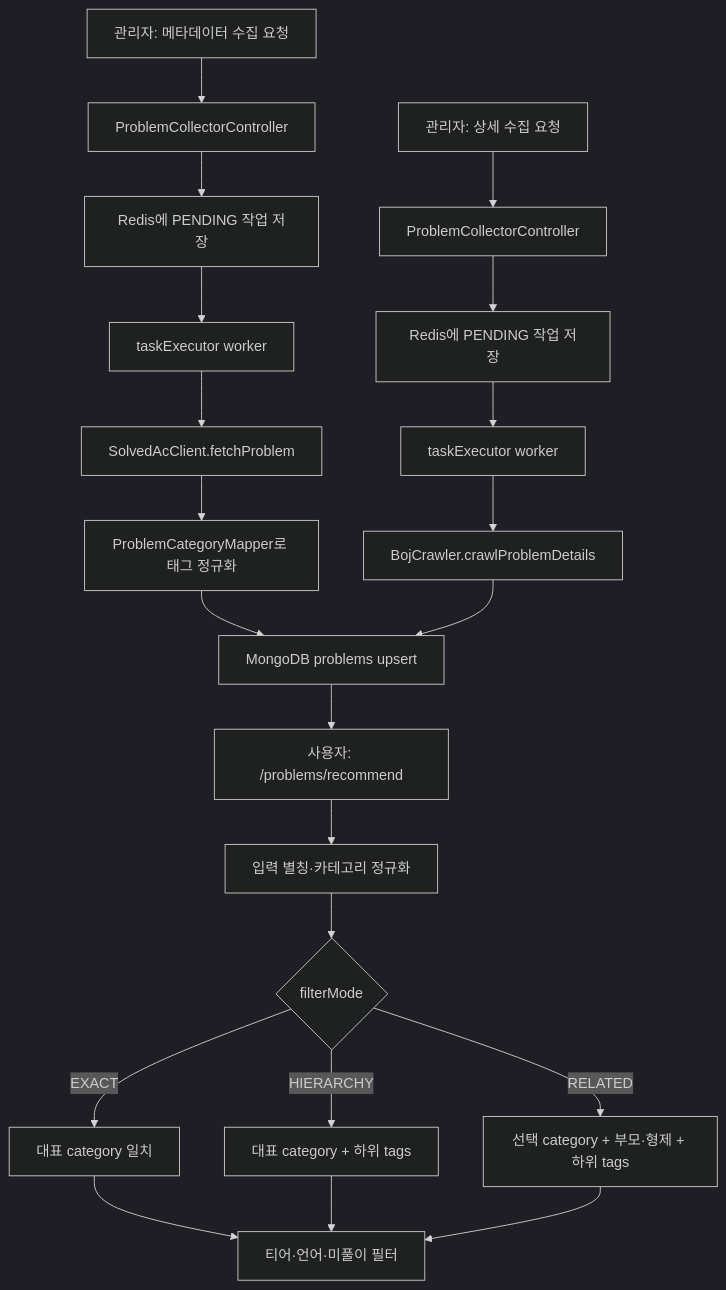
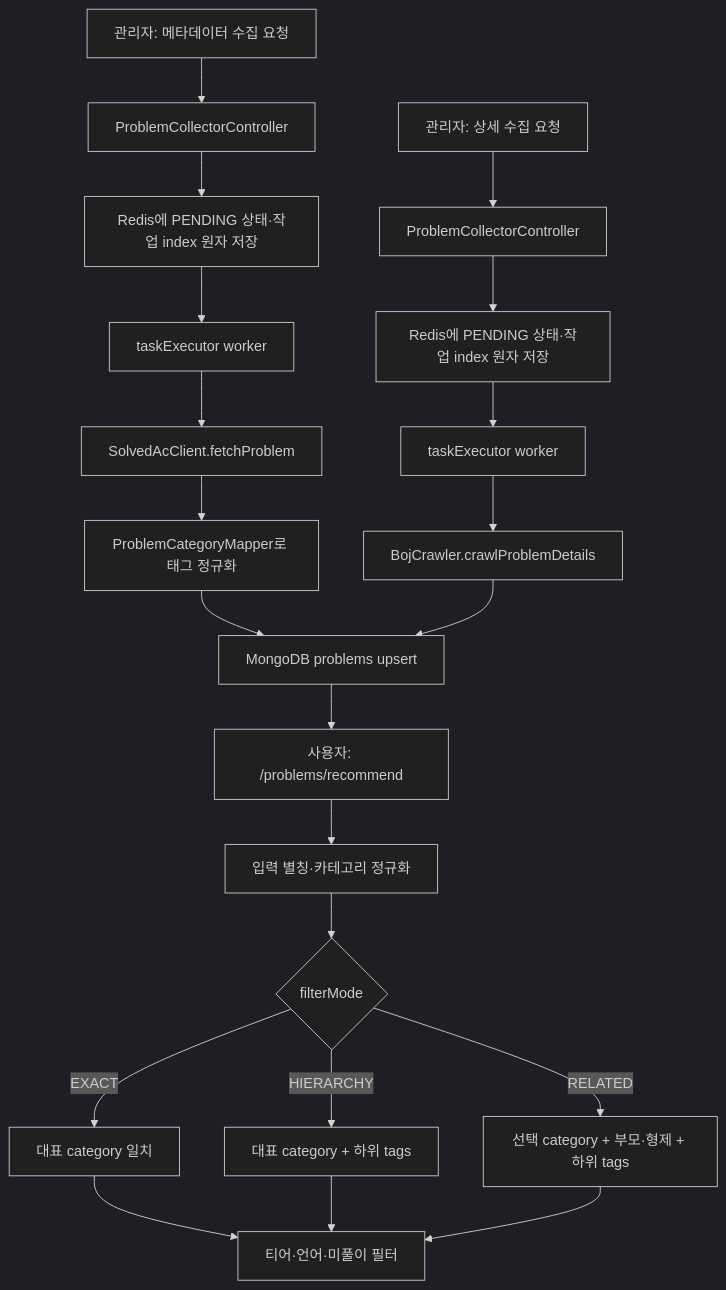
Before and after one commit to didim-log/didim-log-BE: the diagram in DOCS/portfolio/PROBLEM_COLLECTION_AND_CATEGORY.md, drawn with Mermaid (dark theme). The commit also changed other lines of this file and 8 other files, not shown here.

````diff
--- a/DOCS/portfolio/PROBLEM_COLLECTION_AND_CATEGORY.md
+++ b/DOCS/portfolio/PROBLEM_COLLECTION_AND_CATEGORY.md
@@ -24,23 +24,23 @@
 ```mermaid
 flowchart TD
     A["관리자: 메타데이터 수집 요청"] --> B["ProblemCollectorController"]
-    B --> C["Redis에 PENDING 작업 저장"]
+    B --> C["Redis에 PENDING 상태·작업 index 원자 저장"]
     C --> D["taskExecutor worker"]
     D --> E["SolvedAcClient.fetchProblem"]
     E --> F["ProblemCategoryMapper로 태그 정규화"]
     F --> G["MongoDB problems upsert"]
     H["관리자: 상세 수집 요청"] --> H2["ProblemCollectorController"]
-    H2 --> H3["Redis에 PENDING 작업 저장"]
+    H2 --> H3["Redis에 PENDING 상태·작업 index 원자 저장"]
     H3 --> H4["taskExecutor worker"]
     H4 --> I["BojCrawler.crawlProblemDetails"]
     I --> G
     G --> J["사용자: /problems/recommend"]
     J --> K["입력 별칭·카테고리 정규화"]
     K --> L{"filterMode"}
     L -->|EXACT| M["대표 category 일치"]
     L -->|HIERARCHY| N["대표 category + 하위 tags"]
     L -->|RELATED| O["선택 category + 부모·형제 + 하위 tags"]
     M --> P["티어·언어·미풀이 필터"]
     N --> P
     O --> P
 ```
````
